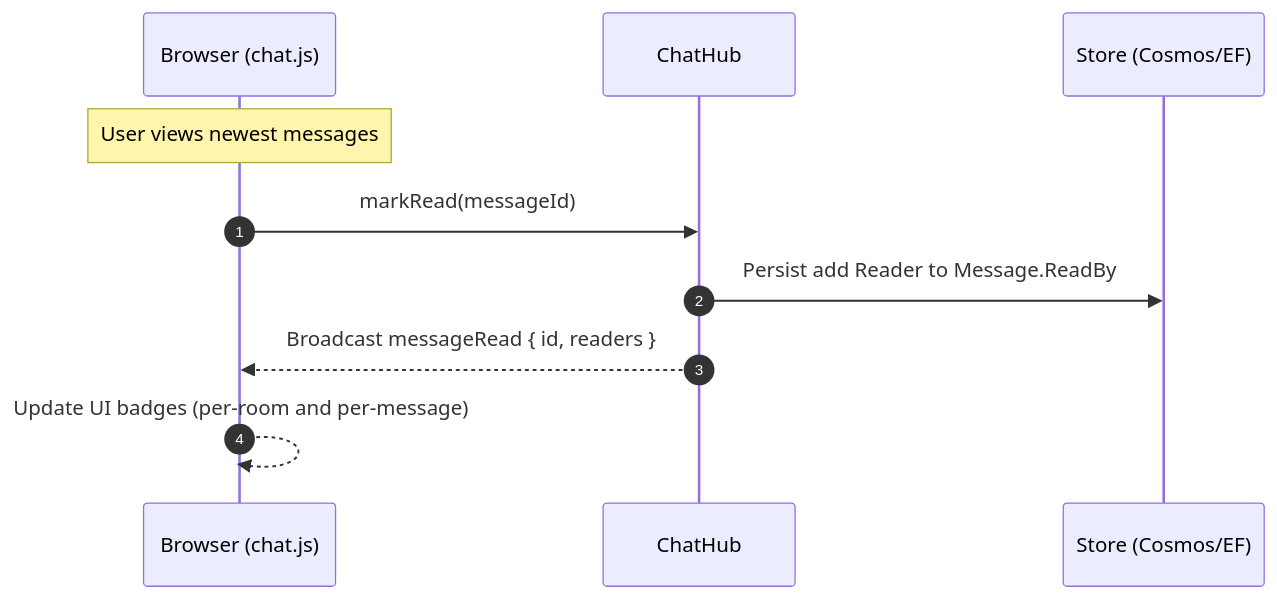
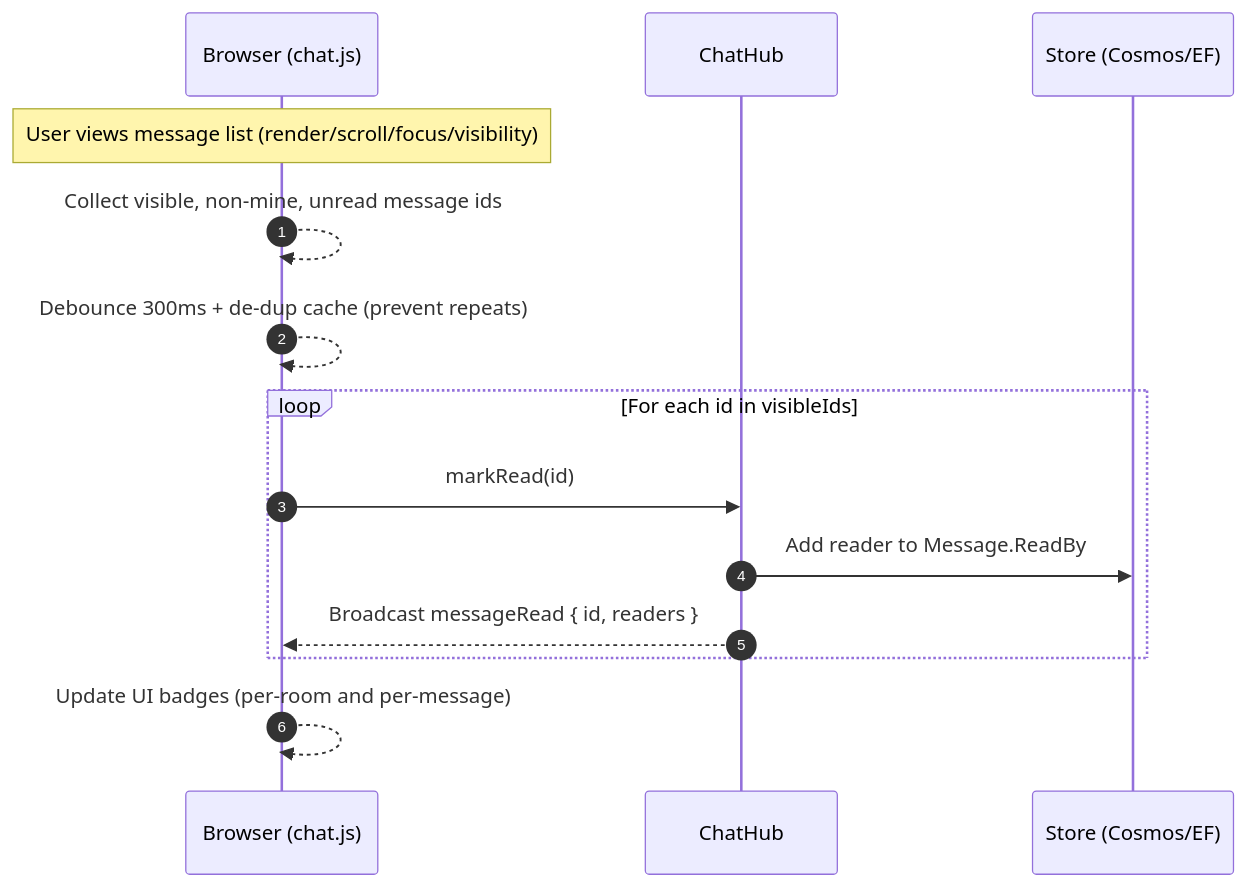
One commit to smereczynski/SignalR-Chat changed the fourth of 4 diagrams in ARCHITECTURE.md. Above: the diagram before and after it, drawn with Mermaid. The commit also changed other lines of this file and 2 other files, not shown here.

Commit message:
Docs: document viewport-based read marking after join/reconnect; update read receipts flow; note SonarQube exception handling in MarkRead

````diff
--- a/ARCHITECTURE.md
+++ b/ARCHITECTURE.md
@@ -114,13 +114,17 @@
 ```mermaid
 sequenceDiagram
   autonumber
   participant B as Browser (chat.js)
   participant H as ChatHub
   participant D as Store (Cosmos/EF)
 
-  Note over B: User views newest messages
-  B->>H: markRead(messageId)
-  H->>D: Persist add Reader to Message.ReadBy
-  H-->>B: Broadcast messageRead { id, readers }
+  Note over B: User views message list (render/scroll/focus/visibility)
+  B-->>B: Collect visible, non-mine, unread message ids
+  B-->>B: Debounce 300ms + de-dup cache (prevent repeats)
+  loop For each id in visibleIds
+    B->>H: markRead(id)
+    H->>D: Add reader to Message.ReadBy
+    H-->>B: Broadcast messageRead { id, readers }
+  end
   B-->>B: Update UI badges (per-room and per-message)
 ```
````
